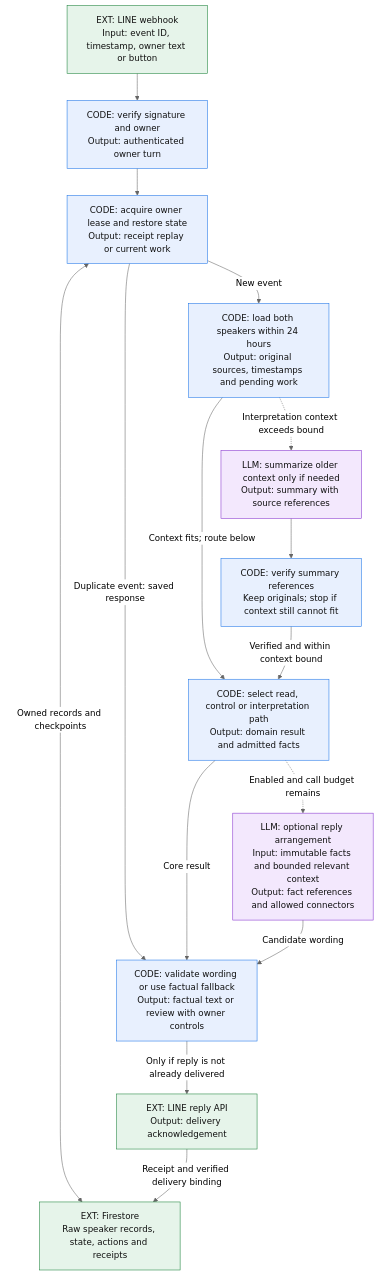
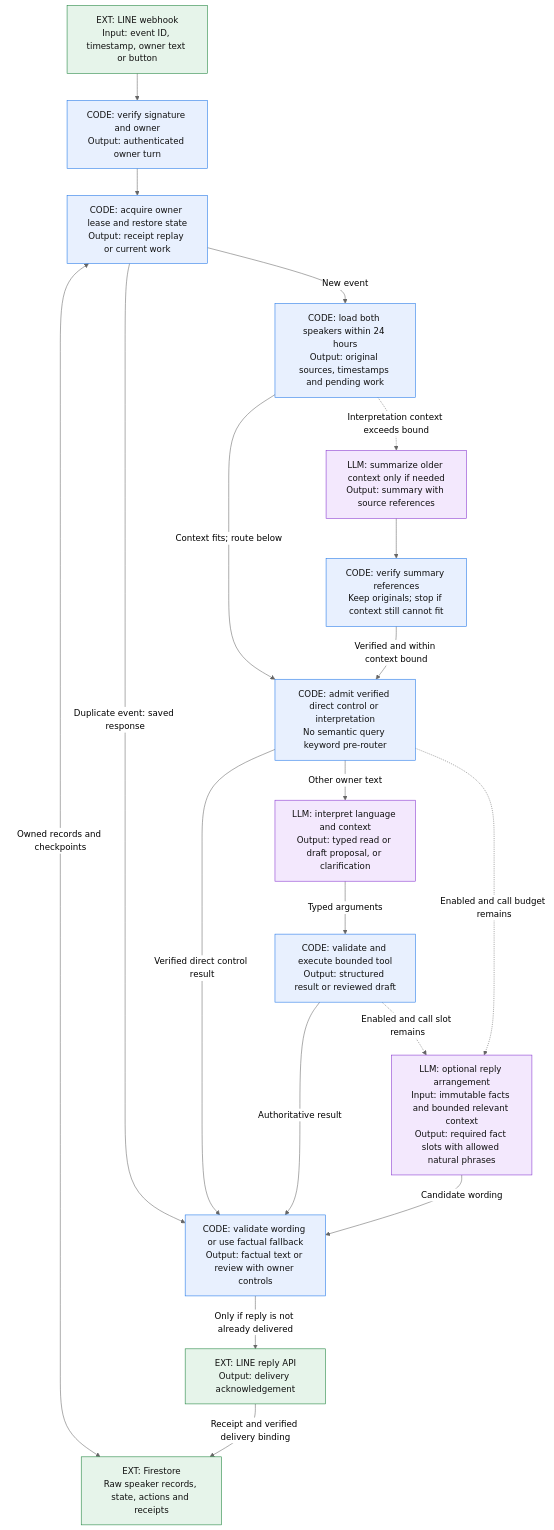
One commit to thanaphatt1/line-personal-assistant changed the first of 4 diagrams in docs/system-flow.md. Above: the diagram before and after it, drawn with Mermaid (neutral theme). The commit also changed other lines of this file and 16 other files, not shown here.

Commit message:
Use model-selected read tools and grounded Thai query replies

````diff
--- a/docs/system-flow.md
+++ b/docs/system-flow.md
@@ -9,30 +9,36 @@
 ```mermaid
 flowchart TD
     Line["EXT: LINE webhook<br/>Input: event ID, timestamp, owner text or button"]:::ext
     Gate["CODE: verify signature and owner<br/>Output: authenticated owner turn"]:::code
     Load["CODE: acquire owner lease and restore state<br/>Output: receipt replay or current work"]:::code
     Store["EXT: Firestore<br/>Raw speaker records, state, actions and receipts"]:::ext
     Context["CODE: load both speakers within 24 hours<br/>Output: original sources, timestamps and pending work"]:::code
     Summary["LLM: summarize older context only if needed<br/>Output: summary with source references"]:::llm
     Check["CODE: verify summary references<br/>Keep originals; stop if context still cannot fit"]:::code
-    Route["CODE: select read, control or interpretation path<br/>Output: domain result and admitted facts"]:::code
-    Voice["LLM: optional reply arrangement<br/>Input: immutable facts and bounded relevant context<br/>Output: fact references and allowed connectors"]:::llm
+    Route["CODE: admit verified direct control or interpretation<br/>No semantic query keyword pre-router"]:::code
+    Interpret["LLM: interpret language and context<br/>Output: typed read or draft proposal, or clarification"]:::llm
+    Core["CODE: validate and execute bounded tool<br/>Output: structured result or reviewed draft"]:::code
+    Voice["LLM: optional reply arrangement<br/>Input: immutable facts and bounded relevant context<br/>Output: required fact slots with allowed natural phrases"]:::llm
     Reply["CODE: validate wording or use factual fallback<br/>Output: factual text or review with owner controls"]:::code
     Delivery["EXT: LINE reply API<br/>Output: delivery acknowledgement"]:::ext
     Line --> Gate --> Load
     Load <-->|"Owned records and checkpoints"| Store
     Load -->|"New event"| Context
     Load -->|"Duplicate event: saved response"| Reply
     Context -->|"Context fits; route below"| Route
     Context -.->|"Interpretation context exceeds bound"| Summary
     Summary --> Check
     Check -->|"Verified and within context bound"| Route
-    Route -->|"Core result"| Reply
+    Route -->|"Verified direct control result"| Reply
+    Route -->|"Other owner text"| Interpret
+    Interpret -->|"Typed arguments"| Core
+    Core -->|"Authoritative result"| Reply
+    Core -.->|"Enabled and call slot remains"| Voice
     Route -.->|"Enabled and call budget remains"| Voice
     Voice -->|"Candidate wording"| Reply
     Reply -->|"Only if reply is not already delivered"| Delivery
     Delivery -->|"Receipt and verified delivery binding"| Store
     classDef code fill:#E8F0FE,stroke:#1A73E8,color:#111;
     classDef llm fill:#F3E8FD,stroke:#8430CE,color:#111;
     classDef ext fill:#E6F4EA,stroke:#188038,color:#111;
 ```
````
